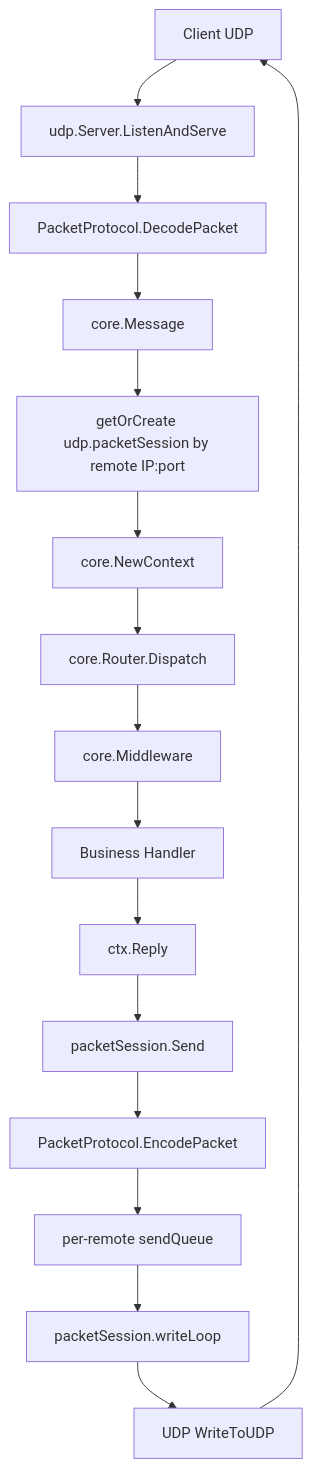
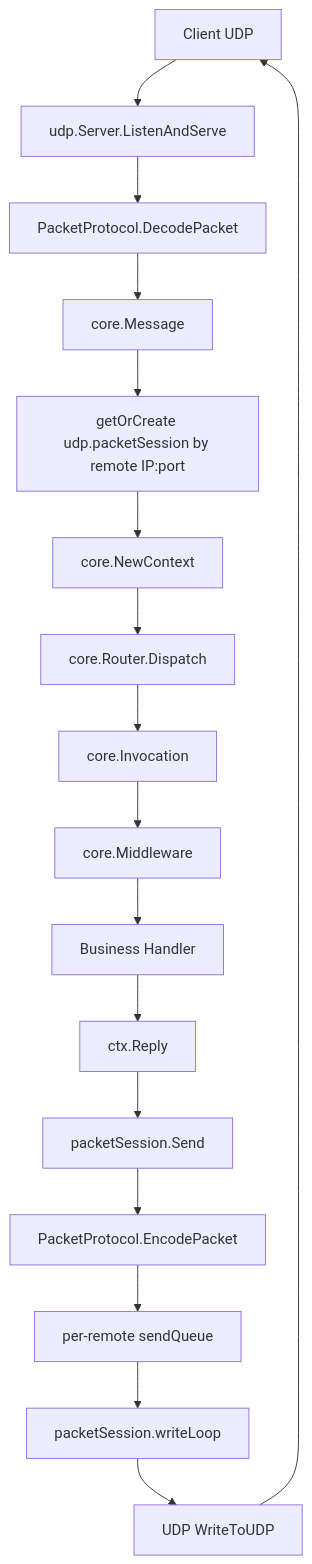
The third of 8 diagrams in docs/call-flow.md (saramand9/kpro), drawn with Mermaid before and after one commit. The commit also changed other lines of this file and 42 other files, not shown here.

Commit message:
refactor: unify protocol middleware invocation

````diff
--- a/docs/call-flow.md
+++ b/docs/call-flow.md
@@ -90,18 +93,19 @@
 ```mermaid
 flowchart TD
     Client[Client UDP] --> ReadFromUDP[udp.Server.ListenAndServe]
     ReadFromUDP --> DecodePacket[PacketProtocol.DecodePacket]
     DecodePacket --> Message[core.Message]
     Message --> PacketSession[getOrCreate udp.packetSession by remote IP:port]
     PacketSession --> Context[core.NewContext]
     Context --> Dispatch[core.Router.Dispatch]
-    Dispatch --> Middleware[core.Middleware]
+    Dispatch --> Invocation[core.Invocation]
+    Invocation --> Middleware[core.Middleware]
     Middleware --> Handler[Business Handler]
     Handler --> Reply[ctx.Reply]
     Reply --> Send[packetSession.Send]
     Send --> EncodePacket[PacketProtocol.EncodePacket]
     EncodePacket --> Queue[per-remote sendQueue]
     Queue --> WriteLoop[packetSession.writeLoop]
     WriteLoop --> WriteToUDP[UDP WriteToUDP]
     WriteToUDP --> Client
 ```
````
